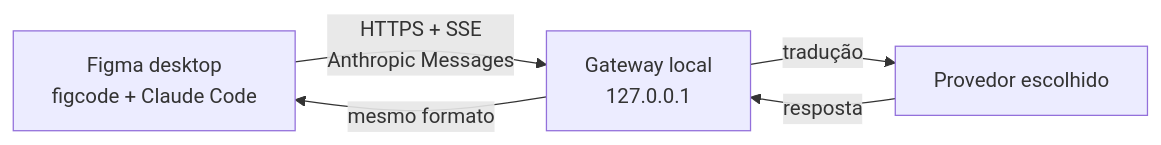
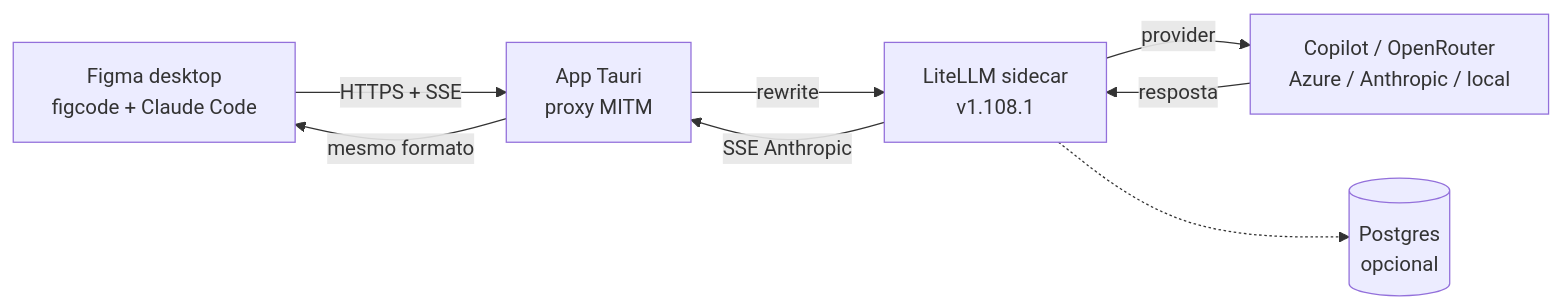
The diagram in README.md (marcos2872/frank-figma-gateway), drawn with Mermaid before and after one commit. The commit also changed other lines of this file and 9 other files, not shown here.

````diff
--- a/README.md
+++ b/README.md
@@ -26,7 +30,10 @@
 ```mermaid
 flowchart LR
-    F[Figma desktop<br/>figcode + Claude Code] -->|HTTPS + SSE<br/>Anthropic Messages| G[Gateway local<br/>127.0.0.1]
-    G -->|tradução| P[Provedor escolhido]
-    P -->|resposta| G
-    G -->|mesmo formato| F
+    F[Figma desktop<br/>figcode + Claude Code] -->|HTTPS + SSE| A[App Tauri<br/>proxy MITM]
+    A -->|rewrite| L[LiteLLM sidecar<br/>v1.108.1]
+    L -->|provider| P[Copilot / OpenRouter<br/>Azure / Anthropic / local]
+    P -->|resposta| L
+    L -->|SSE Anthropic| A
+    A -->|mesmo formato| F
+    L -.-> PG[(Postgres<br/>opcional)]
 ```
````
